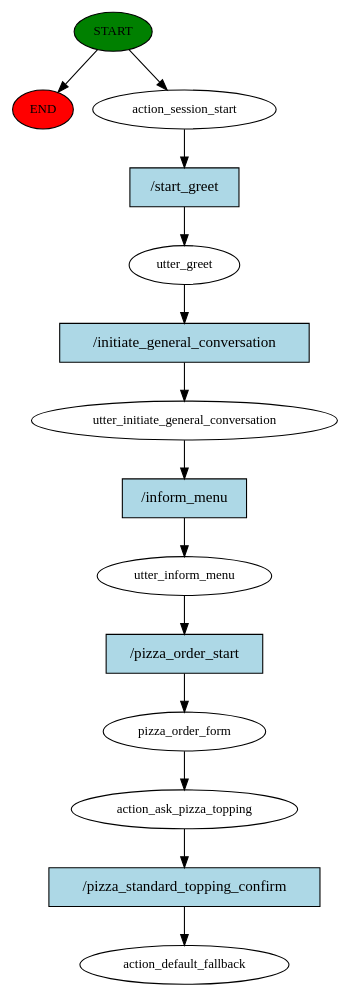
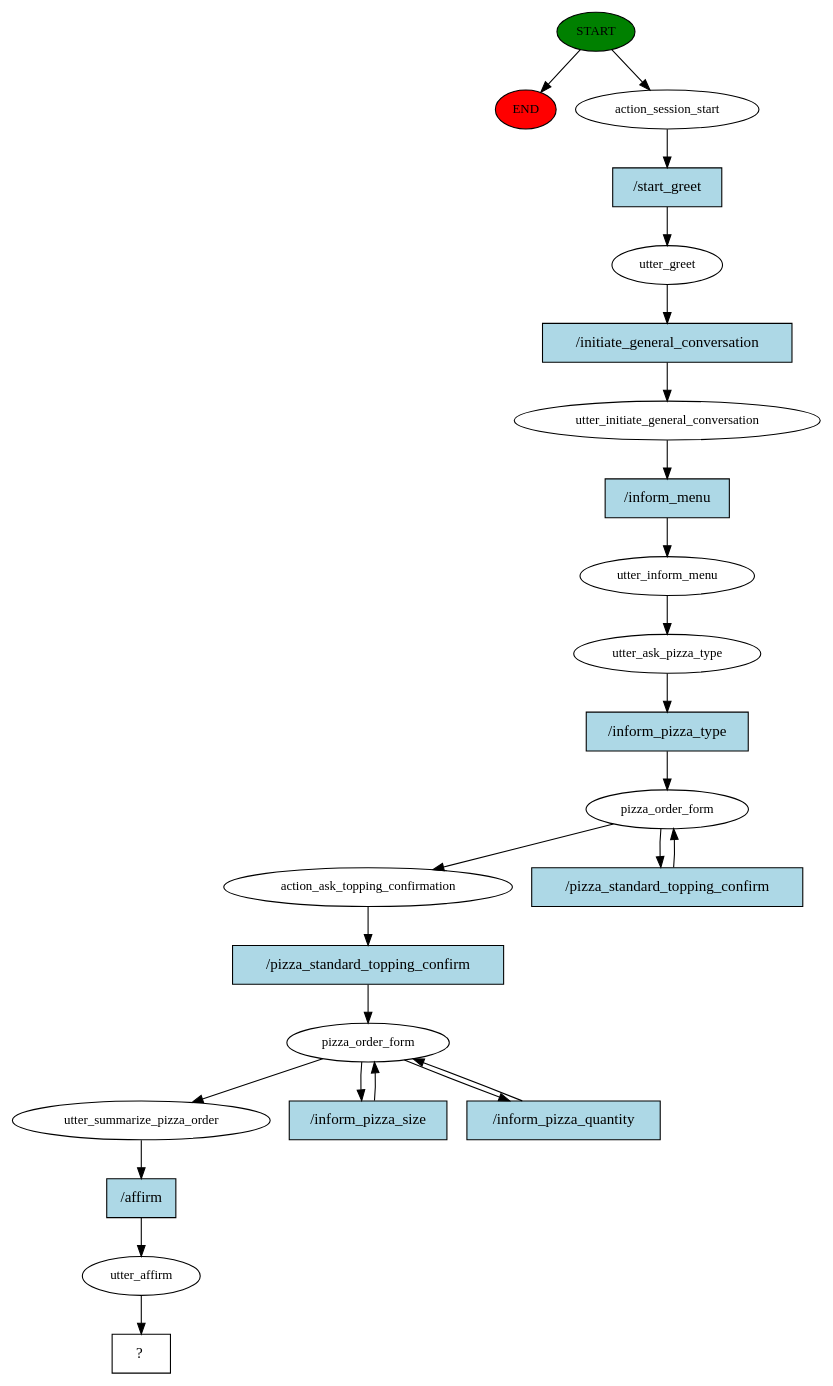
One commit to HiraAfzal9978/HMD-PizzaBot changed the diagram in story_graph.dot. Above: the diagram before and after it, drawn with Graphviz. The commit also changed 6 other files, not shown here.

```diff
--- a/story_graph.dot
+++ b/story_graph.dot
@@ -1,29 +1,48 @@
 digraph  {
 0 [class="start active", fillcolor=green, fontsize=12, label=START, style=filled];
 "-1" [class=end, fillcolor=red, fontsize=12, label=END, style=filled];
 1 [class=active, fontsize=12, label=action_session_start];
 2 [class=active, fontsize=12, label=utter_greet];
 3 [class=active, fontsize=12, label=utter_initiate_general_conversation];
 4 [class=active, fontsize=12, label=utter_inform_menu];
-5 [class=active, fontsize=12, label=pizza_order_form];
-6 [class=active, fontsize=12, label=action_ask_pizza_topping];
-7 [class="dashed active", fontsize=12, label=action_default_fallback];
-8 [class="intent active", fillcolor=lightblue, label="/start_greet", shape=rect, style=filled];
-9 [class="intent active", fillcolor=lightblue, label="/initiate_general_conversation", shape=rect, style=filled];
-10 [class="intent active", fillcolor=lightblue, label="/inform_menu", shape=rect, style=filled];
-11 [class="intent active", fillcolor=lightblue, label="/pizza_order_start", shape=rect, style=filled];
-12 [class="intent active", fillcolor=lightblue, label="/pizza_standard_topping_confirm", shape=rect, style=filled];
+5 [class=active, fontsize=12, label=utter_ask_pizza_type];
+6 [class=active, fontsize=12, label=pizza_order_form];
+8 [class=active, fontsize=12, label=action_ask_topping_confirmation];
+9 [class=active, fontsize=12, label=pizza_order_form];
+12 [class=active, fontsize=12, label=utter_summarize_pizza_order];
+13 [class=active, fontsize=12, label=utter_affirm];
+14 [class="intent dashed active", label="  ?  ", shape=rect];
+15 [class="intent active", fillcolor=lightblue, label="/start_greet", shape=rect, style=filled];
+16 [class="intent active", fillcolor=lightblue, label="/initiate_general_conversation", shape=rect, style=filled];
+17 [class="intent active", fillcolor=lightblue, label="/inform_menu", shape=rect, style=filled];
+18 [class="intent active", fillcolor=lightblue, label="/inform_pizza_type", shape=rect, style=filled];
+19 [class="intent active", fillcolor=lightblue, label="/pizza_standard_topping_confirm", shape=rect, style=filled];
+20 [class="intent active", fillcolor=lightblue, label="/pizza_standard_topping_confirm", shape=rect, style=filled];
+21 [class="intent active", fillcolor=lightblue, label="/inform_pizza_size", shape=rect, style=filled];
+22 [class="intent active", fillcolor=lightblue, label="/inform_pizza_quantity", shape=rect, style=filled];
+23 [class="intent active", fillcolor=lightblue, label="/affirm", shape=rect, style=filled];
 0 -> "-1"  [class="", key=NONE, label=""];
 0 -> 1  [class=active, key=NONE, label=""];
-1 -> 8  [class=active, key=0];
-2 -> 9  [class=active, key=0];
-3 -> 10  [class=active, key=0];
-4 -> 11  [class=active, key=0];
-5 -> 6  [class=active, key=NONE, label=""];
-6 -> 12  [class=active, key=0];
-8 -> 2  [class=active, key=0];
-9 -> 3  [class=active, key=0];
-10 -> 4  [class=active, key=0];
-11 -> 5  [class=active, key=0];
-12 -> 7  [class=active, key=0];
+1 -> 15  [class=active, key=0];
+2 -> 16  [class=active, key=0];
+3 -> 17  [class=active, key=0];
+4 -> 5  [class=active, key=NONE, label=""];
+5 -> 18  [class=active, key=0];
+6 -> 8  [class=active, key=NONE, label=""];
+6 -> 19  [class=active, key=0];
+8 -> 20  [class=active, key=0];
+9 -> 12  [class=active, key=NONE, label=""];
+9 -> 21  [class=active, key=0];
+9 -> 22  [class=active, key=0];
+12 -> 23  [class=active, key=0];
+13 -> 14  [class=active, key=NONE, label=""];
+15 -> 2  [class=active, key=0];
+16 -> 3  [class=active, key=0];
+17 -> 4  [class=active, key=0];
+18 -> 6  [class=active, key=0];
+19 -> 6  [class=active, key=0];
+20 -> 9  [class=active, key=0];
+21 -> 9  [class=active, key=0];
+22 -> 9  [class=active, key=0];
+23 -> 13  [class=active, key=0];
 }
```
